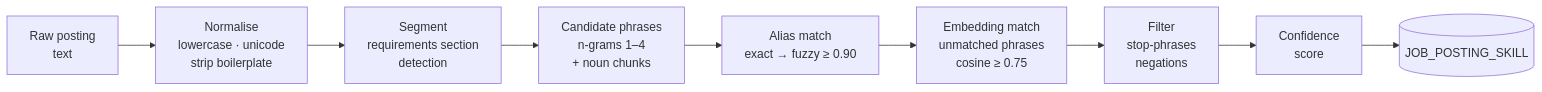
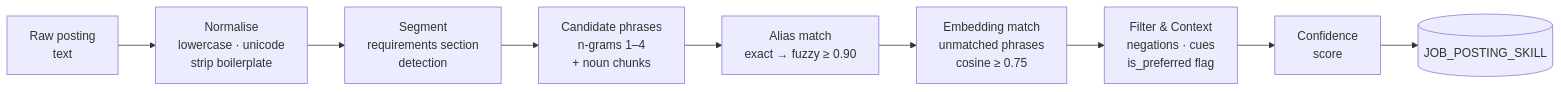
Before and after one commit to Masar-SCU/Masar: the first of 3 diagrams in docs/06-ai-engines.md, drawn with Mermaid. The commit also changed other lines of this file and 26 other files, not shown here.

First line of the commit message:
docs: master specification revision for atomic roadmap and defect fixes

````diff
--- a/docs/06-ai-engines.md
+++ b/docs/06-ai-engines.md
@@ -45,11 +42,11 @@
 ```mermaid
 flowchart LR
     A["Raw posting<br/>text"] --> B["Normalise<br/>lowercase · unicode<br/>strip boilerplate"]
     B --> C["Segment<br/>requirements section<br/>detection"]
     C --> D["Candidate phrases<br/>n-grams 1–4<br/>+ noun chunks"]
     D --> E["Alias match<br/>exact → fuzzy ≥ 0.90"]
     E --> F["Embedding match<br/>unmatched phrases<br/>cosine ≥ 0.75"]
-    F --> G["Filter<br/>stop-phrases<br/>negations"]
+    F --> G["Filter & Context<br/>negations · cues<br/>is_preferred flag"]
     G --> H["Confidence<br/>score"]
     H --> I[("JOB_POSTING_SKILL")]
 ```
````
